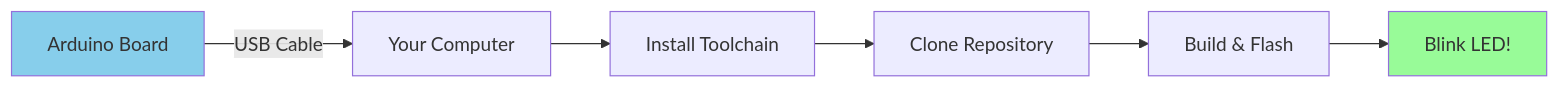
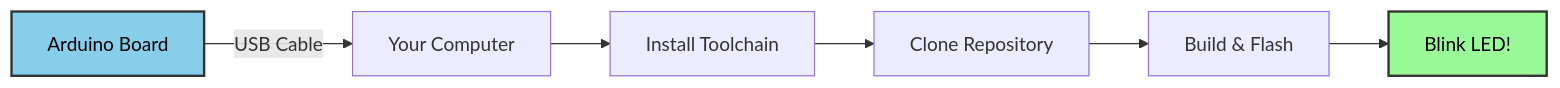
One commit to ScopeCreep-zip/ossidata changed the first of 5 diagrams in docs/GETTING_STARTED.md. Above: the diagram before and after it, drawn with Mermaid. The commit also changed other lines of this file and 4 other files, not shown here.

Commit message:
Update to mermaid diagrams to be more readable

````diff
--- a/docs/GETTING_STARTED.md
+++ b/docs/GETTING_STARTED.md
@@ -24,11 +24,11 @@
 ```mermaid
 flowchart LR
     A[Arduino Board] -->|USB Cable| B[Your Computer]
     B --> C[Install Toolchain]
     C --> D[Clone Repository]
     D --> E[Build & Flash]
     E --> F[Blink LED!]
 
-    style F fill:#98FB98
-    style A fill:#87CEEB
+    style F fill:#98FB98,stroke:#333,stroke-width:2px,color:#000
+    style A fill:#87CEEB,stroke:#333,stroke-width:2px,color:#000
 ```
````
